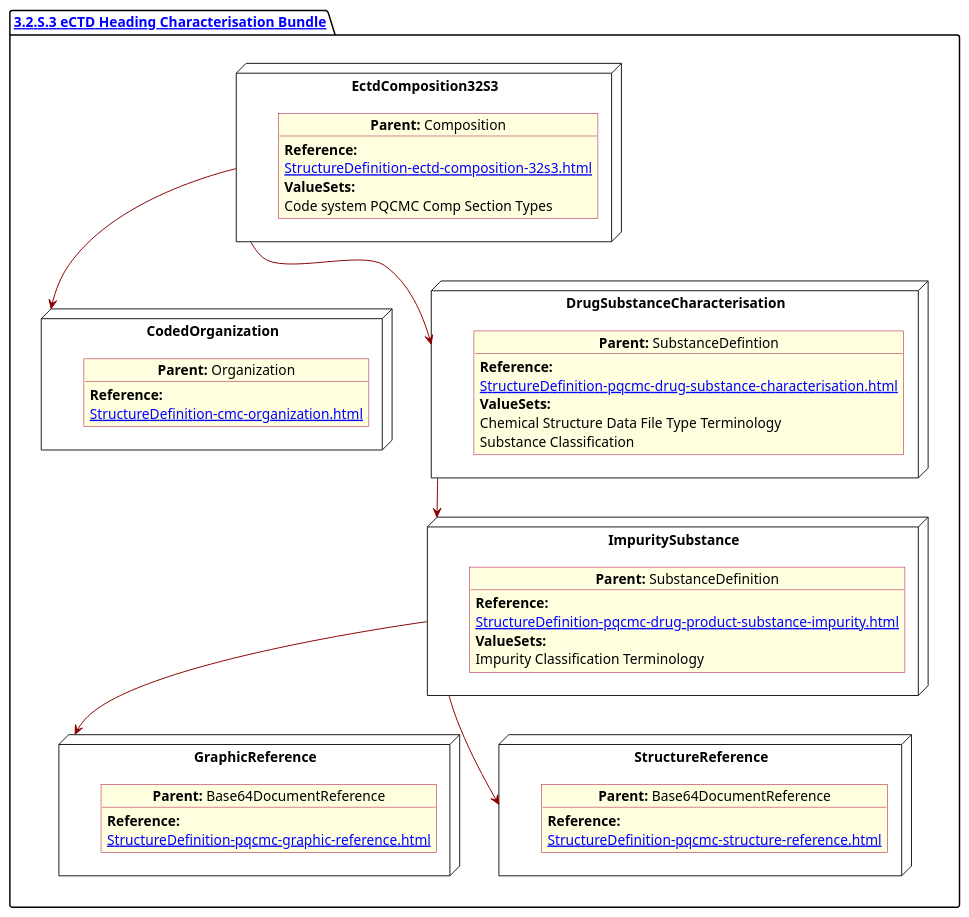
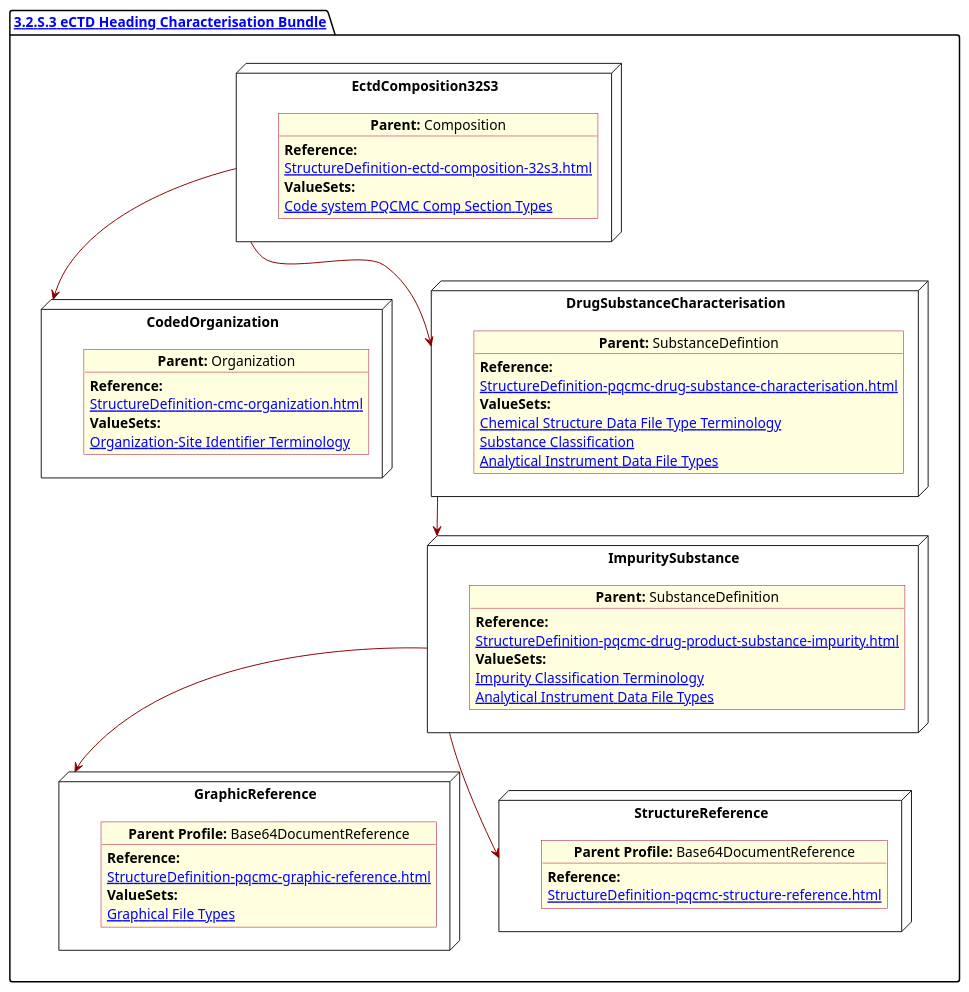
The diagram in input/images-source/SubstanceImpurity.plantuml (HL7/FHIR-us-pq-cmc-fda), drawn with PlantUML before and after one commit. The commit also changed 27 other files, not shown here.

Commit message:
PlantUml updates Misc commnet updates

```diff
--- a/input/images-source/SubstanceImpurity.plantuml
+++ b/input/images-source/SubstanceImpurity.plantuml
@@ -1,73 +1,78 @@
 @startuml SubstanceImpurity
 allowmixing
 'Mixed model of use case and object
 skinparam svgDimensionStyle false
 skinparam ObjectBackgroundColor LightYellow
 skinparam ObjectBorderColor #A80036
 skinparam activityDiamondBorderColor #A80036
 skinparam activityDiamondBackgroundColor lawnGreen
 skinparam ClassBorderThickness 4
 
 package "[[StructureDefinition-cmc-ectd-document-32s3.html 3.2.S.3 eCTD Heading Characterisation Bundle]]" as NODES {
 
   node "EctdComposition32S3" as N1 {
 
     object "**Parent:** Composition" as obj1 {
       **Reference:**
       [[StructureDefinition-ectd-composition-32s3.html]]
       **ValueSets:**
-      Code system PQCMC Comp Section Types
+      [[ValueSet-cmc-comp-section-types-vs.html Code system PQCMC Comp Section Types]]
     }
   }
   node "CodedOrganization" as NSO {
 
     object "**Parent:** Organization" as objAu {
       **Reference:**
       [[StructureDefinition-cmc-organization.html]]
+      **ValueSets:**
+      [[ValueSet-pqcmc-org-identifier-type-terminology.html Organization-Site Identifier Terminology]]
     }
   }
 
   node "DrugSubstanceCharacterisation" as NN {
 
     object "**Parent:** SubstanceDefintion" as obj3 {
 
       **Reference:**
       [[StructureDefinition-pqcmc-drug-substance-characterisation.html]]
       **ValueSets:**
-      Chemical Structure Data File Type Terminology
-      Substance Classification
-
+      [[ValueSet-pqcmc-chemical-structure-datafile-type-terminology.html Chemical Structure Data File Type Terminology]]
+      [[ValueSet-substance-classification.html Substance Classification]]
+      [[ValueSet-pqcmc-analytical-instrument-data-types.html Analytical Instrument Data File Types]]
     }
   }
 
   node "ImpuritySubstance" as N6 {
 
     object "**Parent:** SubstanceDefinition" as obj2 {
       **Reference:**
       [[StructureDefinition-pqcmc-drug-product-substance-impurity.html]]
       **ValueSets:**
-      Impurity Classification Terminology
+      [[ValueSet-pqcmc-impurity-classification-terminology.html Impurity Classification Terminology]]
+      [[ValueSet-pqcmc-analytical-instrument-data-types.html Analytical Instrument Data File Types]]
     }
   }
   node "GraphicReference" as NB64 {
 
-    object "**Parent:** Base64DocumentReference"  as obj64 {
+    object "**Parent Profile:** Base64DocumentReference"  as obj64 {
       **Reference:**
       [[StructureDefinition-pqcmc-graphic-reference.html]]
+      **ValueSets:**
+      [[ValueSet-pqcmc-graphical-file-types.html Graphical File Types]]
     }
   }
   node "StructureReference" as NBstruc {
 
-    object "**Parent:** Base64DocumentReference"  as objb64 {
+    object "**Parent Profile:** Base64DocumentReference"  as objb64 {
       **Reference:**
       [[StructureDefinition-pqcmc-structure-reference.html]]
     }
   }
 
   N1 -[#darkred]-> NSO
   NN -[#darkred]-> N6
   N1 -[#darkred]-> NN
   N6 -[#darkred]-> NB64
   N6 -[#darkred]-> NBstruc
 }
 @enduml
```
